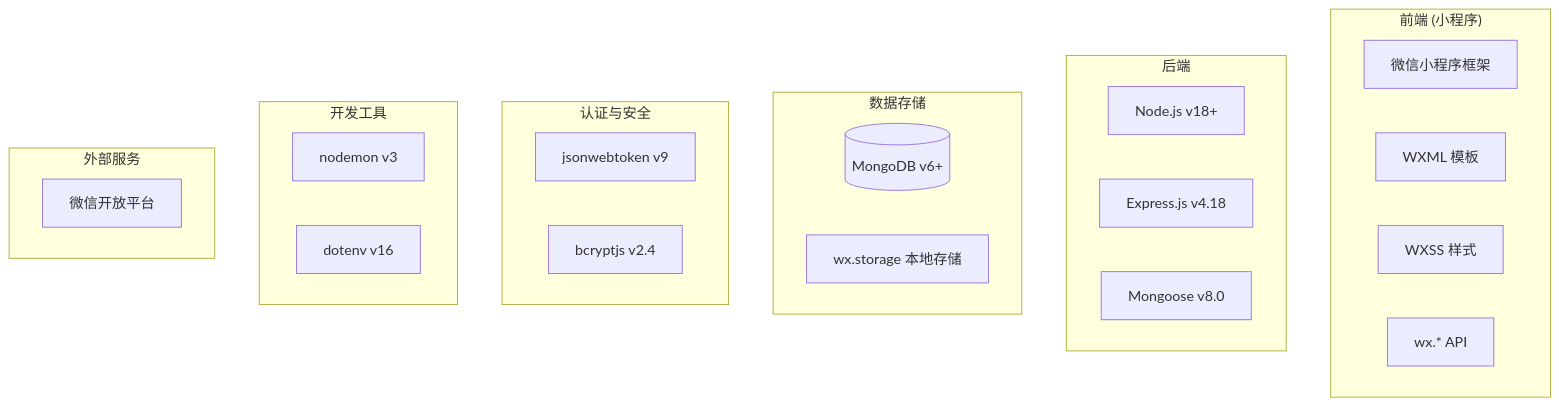
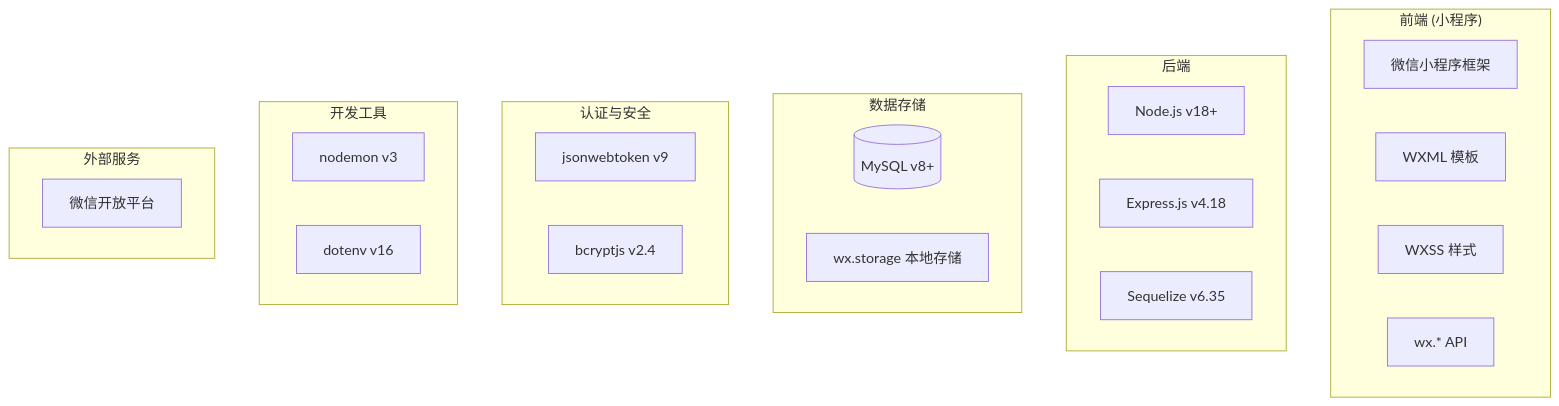
Before and after one commit to kindule/tinyhabits: diagram 14 of 18 in docs/architecture.md, drawn with Mermaid. The commit also changed other lines of this file and 10 other files, not shown here.

Commit message:
refactor: migrate from MongoDB to MySQL and update related configurations

````diff
--- a/docs/architecture.md
+++ b/docs/architecture.md
@@ -1061,34 +1061,34 @@
 ```mermaid
 graph TB
     subgraph "前端 (小程序)"
         MP_F[微信小程序框架]
         WXML[WXML 模板]
         WXSS[WXSS 样式]
         WX_API[wx.* API]
     end
 
     subgraph "后端"
         NODE[Node.js v18+]
         EXPRESS[Express.js v4.18]
-        MONGOOSE[Mongoose v8.0]
+        SEQUELIZE[Sequelize v6.35]
     end
 
     subgraph "数据存储"
-        MONGO[(MongoDB v6+)]
+        MYSQL_DB[(MySQL v8+)]
         WX_STORAGE[wx.storage 本地存储]
     end
 
     subgraph "认证与安全"
         JWT[jsonwebtoken v9]
         BCRYPT[bcryptjs v2.4]
     end
 
     subgraph "开发工具"
         NODEMON[nodemon v3]
         DOTENV[dotenv v16]
     end
 
     subgraph "外部服务"
         WX_SRV[微信开放平台]
     end
 ```
````
